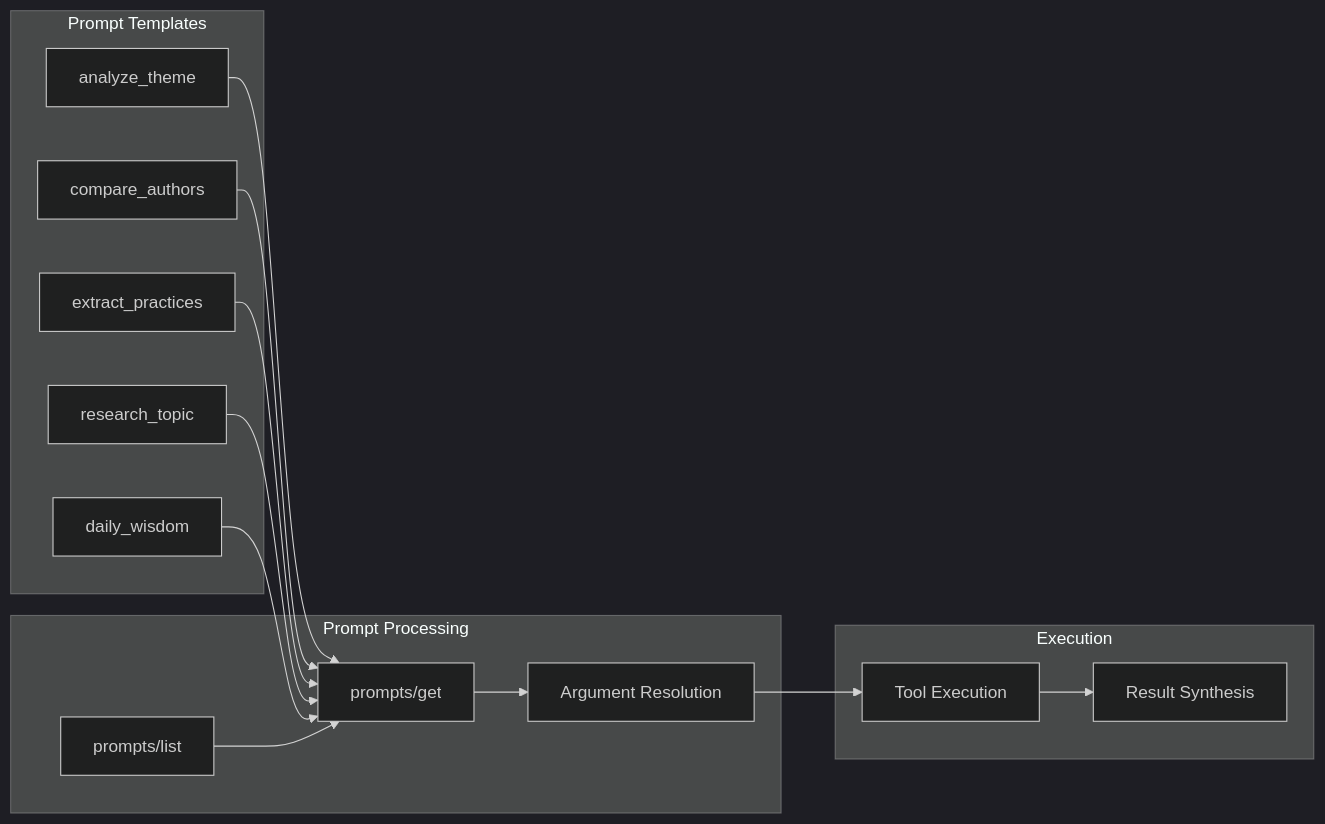
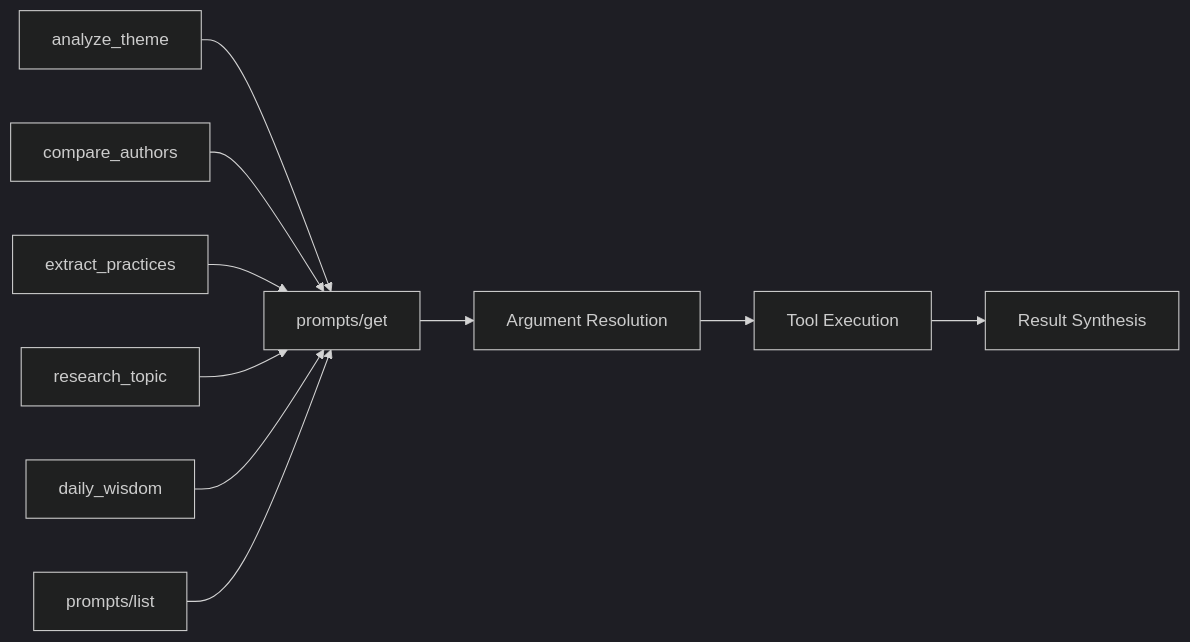
One commit to hpoliset/PersonalDocLibraryRAGMCP changed the third of 22 diagrams in docs/ARCHITECTURE.md. Above: the diagram before and after it, drawn with Mermaid (dark theme). The commit also changed other lines of this file and 2 other files, not shown here.

First line of the commit message:
Update documentation with upgrade instructions and fix architecture diagrams

````diff
--- a/docs/ARCHITECTURE.md
+++ b/docs/ARCHITECTURE.md
@@ -129,32 +105,23 @@
 ```mermaid
-flowchart LR
-    subgraph "Prompt Templates"
-        P1[analyze_theme]
-        P2[compare_authors]
-        P3[extract_practices]
-        P4[research_topic]
-        P5[daily_wisdom]
-    end
-
-    subgraph "Prompt Processing"
-        GET[prompts/get]
-        LIST[prompts/list]
-        ARG[Argument Resolution]
-    end
-
-    subgraph "Execution"
-        TOOL[Tool Execution]
-        SYNTH[Result Synthesis]
-    end
+graph LR
+    P1[analyze_theme]
+    P2[compare_authors]
+    P3[extract_practices]
+    P4[research_topic]
+    P5[daily_wisdom]
+    GET[prompts/get]
+    LIST[prompts/list]
+    ARG[Argument Resolution]
+    TOOL[Tool Execution]
+    SYNTH[Result Synthesis]
 
     P1 --> GET
     P2 --> GET
     P3 --> GET
     P4 --> GET
     P5 --> GET
-
     LIST --> GET
     GET --> ARG
     ARG --> TOOL
     TOOL --> SYNTH
 ```
````
